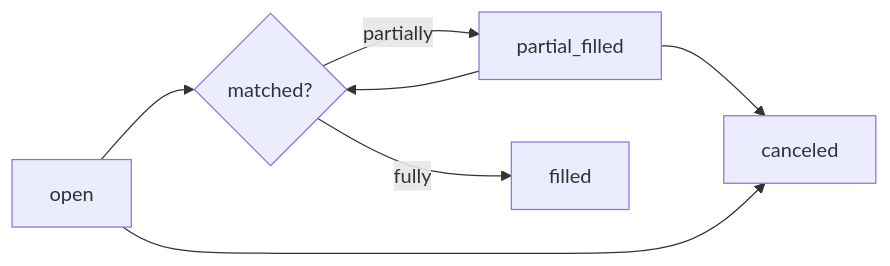
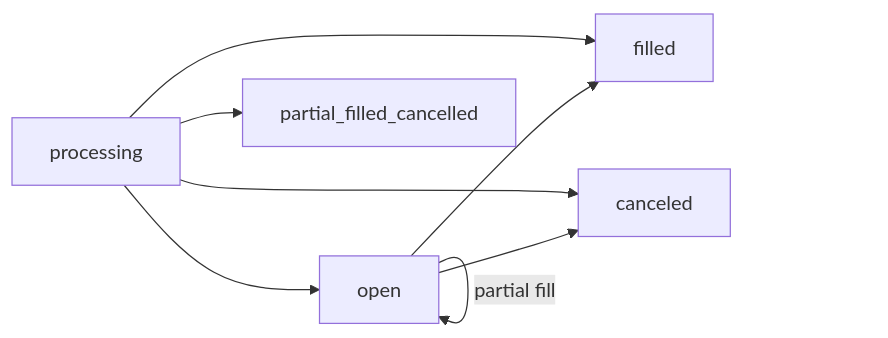
The diagram in concepts/orders.mdx (futuur/docs), drawn with Mermaid before and after one commit. The commit also changed other lines of this file and 25 other files, not shown here.

````diff
--- a/concepts/orders.mdx
+++ b/concepts/orders.mdx
@@ -75,9 +103,10 @@
 ```mermaid
 flowchart LR
-    A[open] --> B{matched?}
-    B -->|partially| C[partial_filled]
-    B -->|fully| D[filled]
-    C --> B
-    C --> E[canceled]
-    A --> E
+    P[processing] --> O[open]
+    P --> F[filled]
+    P --> PC[partial_filled_cancelled]
+    P --> C[canceled]
+    O -->|partial fill| O
+    O --> F
+    O --> C
 ```
````
